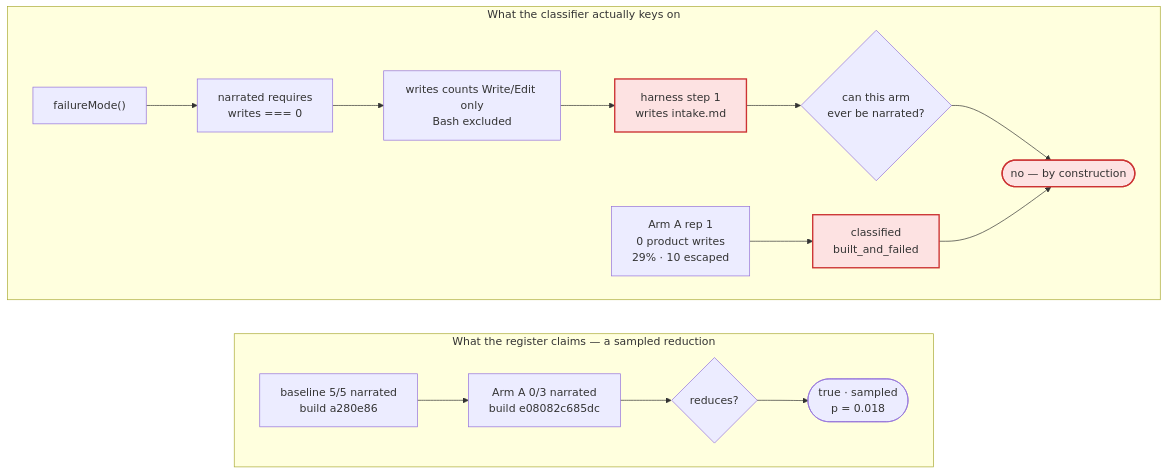
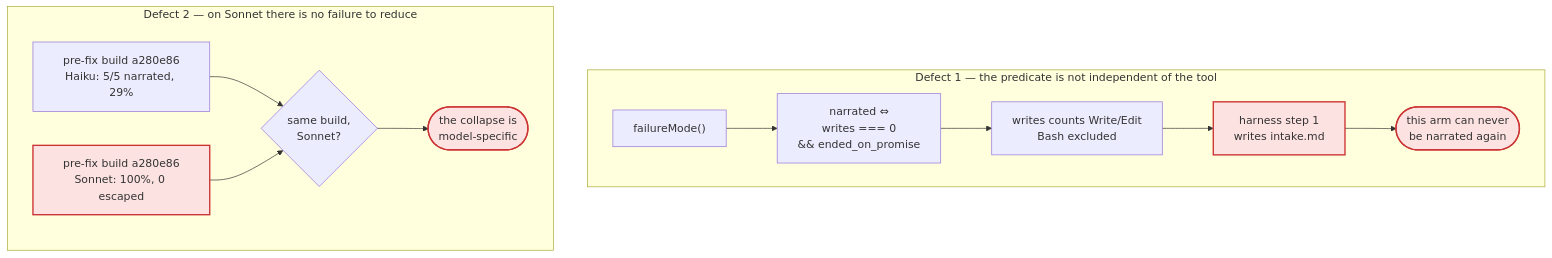
One commit to nguyenvanphituoc/shapeup-sdlc-plugin changed the diagram in docs/day2_tool_efficacy_review.md. Above: the diagram before and after it, drawn with Mermaid. The commit also changed other lines of this file, not shown here.

First line of the commit message:
day2 rev 5: Sonnet becomes the floor, and that removes the baseline

````diff
--- a/docs/day2_tool_efficacy_review.md
+++ b/docs/day2_tool_efficacy_review.md
@@ -81,23 +78,20 @@
 ```mermaid
-flowchart LR
-  subgraph claimed["What the register claims — a sampled reduction"]
+flowchart TB
+  subgraph pred["Defect 1 — the predicate is not independent of the tool"]
     direction LR
-    A1["baseline 5/5 narrated<br/>build a280e86"] --> A2["Arm A 0/3 narrated<br/>build e08082c685dc"]
-    A2 --> A3{"reduces?"}
-    A3 --> A4(["true · sampled<br/>p = 0.018"])
+    B1["failureMode()"] --> B2["narrated ⇔<br/>writes === 0<br/>&& ended_on_promise"]
+    B2 --> B3["writes counts Write/Edit<br/>Bash excluded"]
+    B3 --> B4["harness step 1<br/>writes intake.md"]
+    B4 --> B5(["this arm can never<br/>be narrated again"])
   end
 
-  subgraph real["What the classifier actually keys on"]
+  subgraph model["Defect 2 — on Sonnet there is no failure to reduce"]
     direction LR
-    B1["failureMode()"] --> B2["narrated requires<br/>writes === 0"]
-    B2 --> B3["writes counts Write/Edit only<br/>Bash excluded"]
-    B3 --> B4["harness step 1<br/>writes intake.md"]
-    B4 --> B5{"can this arm<br/>ever be narrated?"}
-    B5 --> B6(["no — by construction"])
-    B7["Arm A rep 1<br/>0 product writes<br/>29% · 10 escaped"] --> B8["classified<br/>built_and_failed"]
-    B8 --> B6
+    C1["pre-fix build a280e86<br/>Haiku: 5/5 narrated, 29%"] --> C3{"same build,<br/>Sonnet?"}
+    C2["pre-fix build a280e86<br/>Sonnet: 100%, 0 escaped"] --> C3
+    C3 --> C4(["the collapse is<br/>model-specific"])
   end
 
   classDef hot fill:#fde2e2,stroke:#c33,stroke-width:2px
-  class B4,B6,B8 hot
+  class B4,B5,C2,C4 hot
 ```
````
